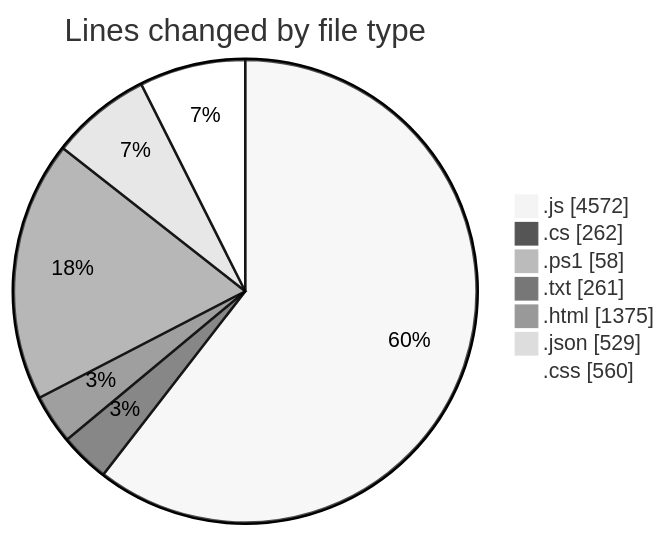
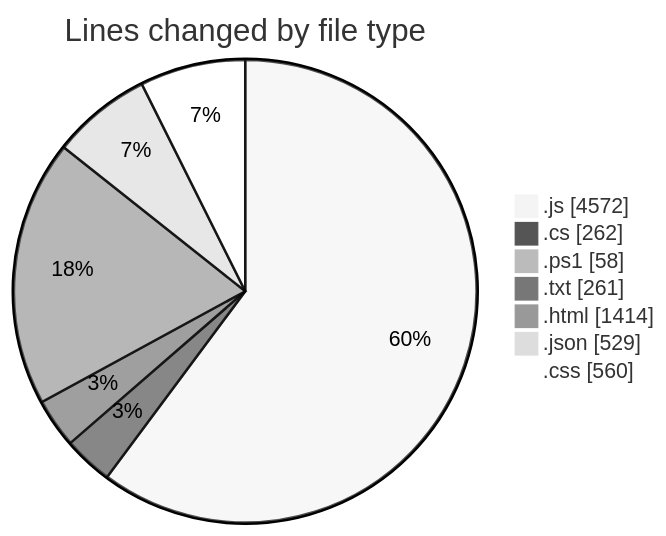
One commit to becaeroporto-bot/code-tracking changed the first of 2 diagrams in 2026-02-17/bot_v1_2/README.md. Above: the diagram before and after it, drawn with Mermaid (neutral theme). The commit also changed other lines of this file and 1 other file, not shown here.

````diff
--- a/2026-02-17/bot_v1_2/README.md
+++ b/2026-02-17/bot_v1_2/README.md
@@ -38,11 +38,11 @@
 ```mermaid
 pie showData
 title Lines changed by file type
 ".js" : 4572
 ".cs" : 262
 ".ps1" : 58
 ".txt" : 261
-".html" : 1375
+".html" : 1414
 ".json" : 529
 ".css" : 560
 ```
````
